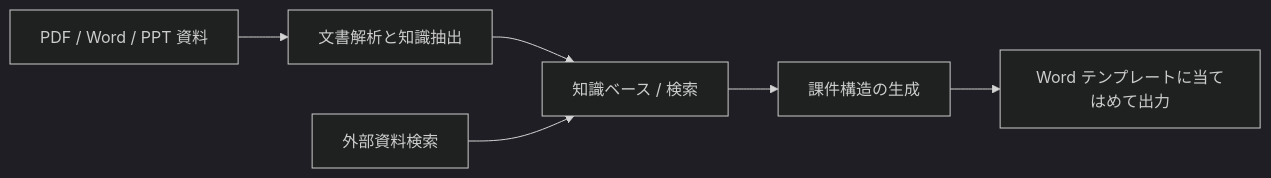
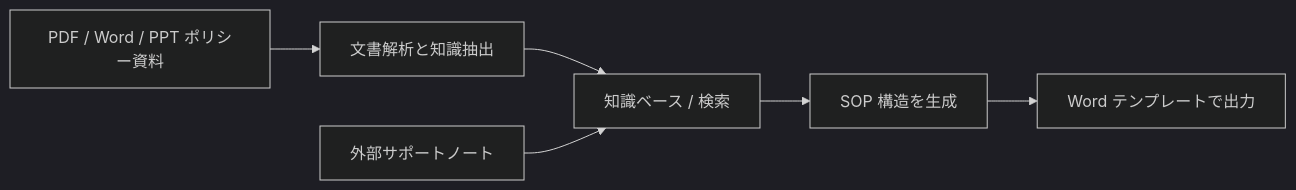
Before and after one commit to oudbiao/AI-fullstack-course: the first of 2 diagrams in i18n/ja/docusaurus-plugin-content-docs/current/ch08-rag/ch05-projects/04-courseware-assistant.md, drawn with Mermaid (dark theme). The commit also changed other lines of this file and 14 other files, not shown here.

````diff
--- a/i18n/ja/docusaurus-plugin-content-docs/current/ch08-rag/ch05-projects/04-courseware-assistant.md
+++ b/i18n/ja/docusaurus-plugin-content-docs/current/ch08-rag/ch05-projects/04-courseware-assistant.md
@@ -55,8 +55,8 @@
 ```mermaid
 flowchart LR
-    A["PDF / Word / PPT 資料"] --> B["文書解析と知識抽出"]
+    A["PDF / Word / PPT ポリシー資料"] --> B["文書解析と知識抽出"]
     B --> C["知識ベース / 検索"]
-    D["外部資料検索"] --> C
-    C --> E["課件構造の生成"]
-    E --> F["Word テンプレートに当てはめて出力"]
+    D["外部サポートノート"] --> C
+    C --> E["SOP 構造を生成"]
+    E --> F["Word テンプレートで出力"]
 ```
````
